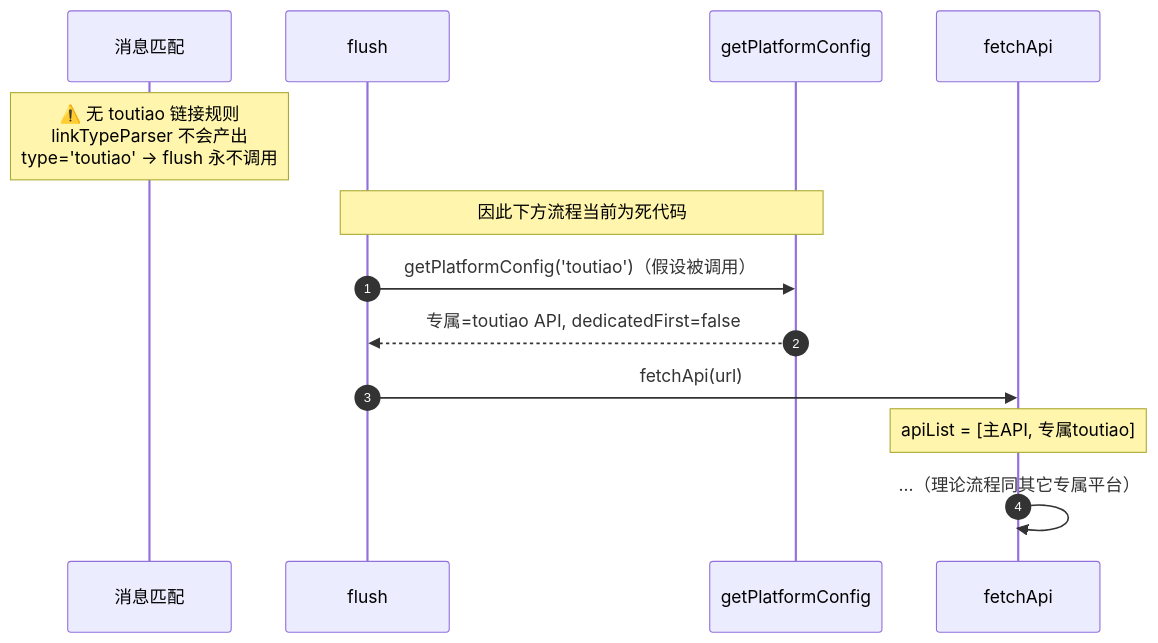
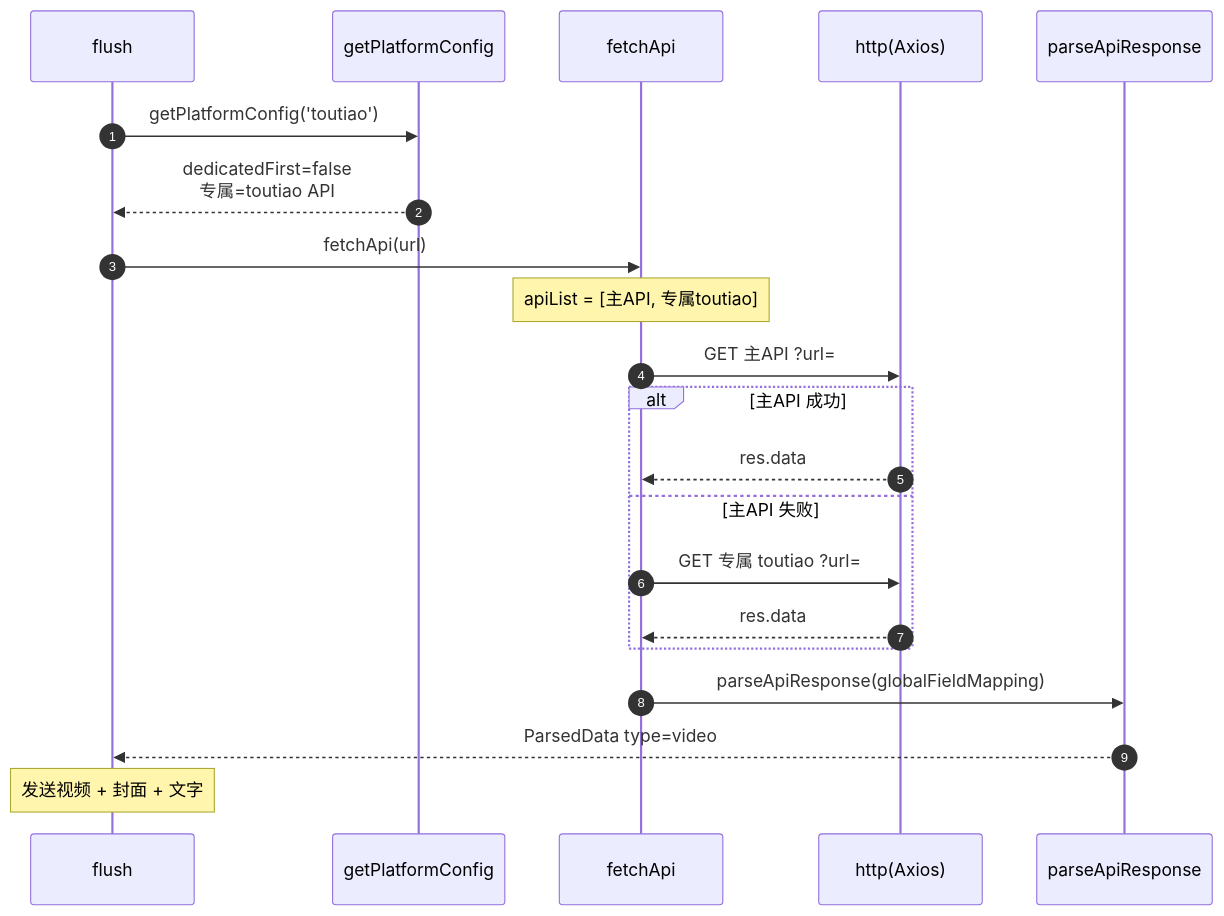
Before and after one commit to char-46/koishi-plugin-video-parser-all: the diagram in docs/platforms/toutiao.md, drawn with Mermaid. The commit also changed other lines of this file and 10 other files, not shown here.

````diff
--- a/docs/platforms/toutiao.md
+++ b/docs/platforms/toutiao.md
@@ -32,15 +34,23 @@
 ```mermaid
 sequenceDiagram
     autonumber
-    participant Msg as 消息匹配
     participant FL as flush
     participant GPC as getPlatformConfig
     participant FA as fetchApi
-    Note over Msg: ⚠️ 无 toutiao 链接规则<br/>linkTypeParser 不会产出<br/>type='toutiao' → flush 永不调用
-    Note over FL,GPC: 因此下方流程当前为死代码
-    FL->>GPC: getPlatformConfig('toutiao')（假设被调用）
-    GPC-->>FL: 专属=toutiao API, dedicatedFirst=false
+    participant HTTP as http(Axios)
+    participant PA as parseApiResponse
+    FL->>GPC: getPlatformConfig('toutiao')
+    GPC-->>FL: dedicatedFirst=false<br/>专属=toutiao API
     FL->>FA: fetchApi(url)
     Note over FA: apiList = [主API, 专属toutiao]
-    FA->>FA: ...（理论流程同其它专属平台）
+    FA->>HTTP: GET 主API ?url=
+    alt 主API 成功
+        HTTP-->>FA: res.data
+    else 主API 失败
+        FA->>HTTP: GET 专属 toutiao ?url=
+        HTTP-->>FA: res.data
+    end
+    FA->>PA: parseApiResponse(globalFieldMapping)
+    PA-->>FL: ParsedData type=video
+    Note over FL: 发送视频 + 封面 + 文字
 ```
````
